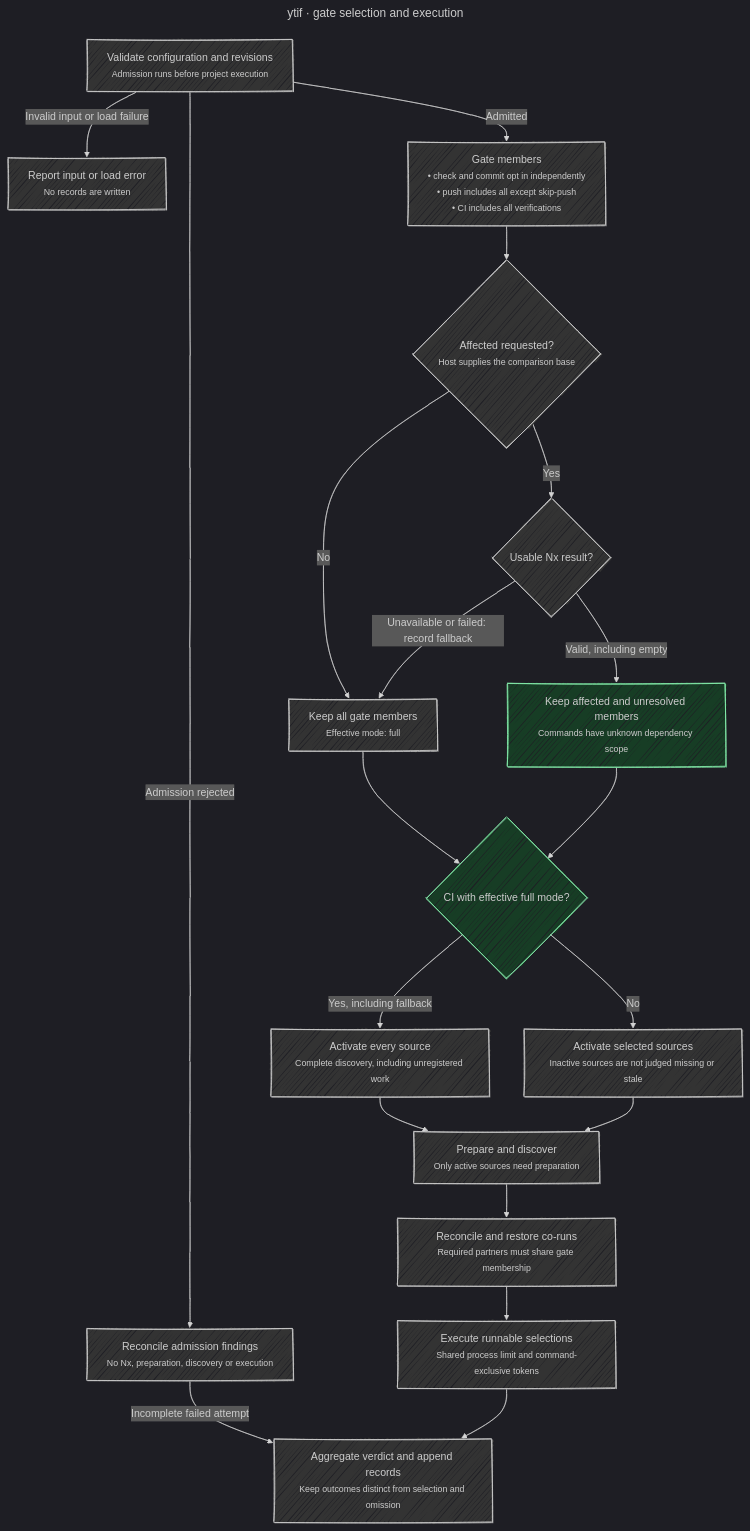
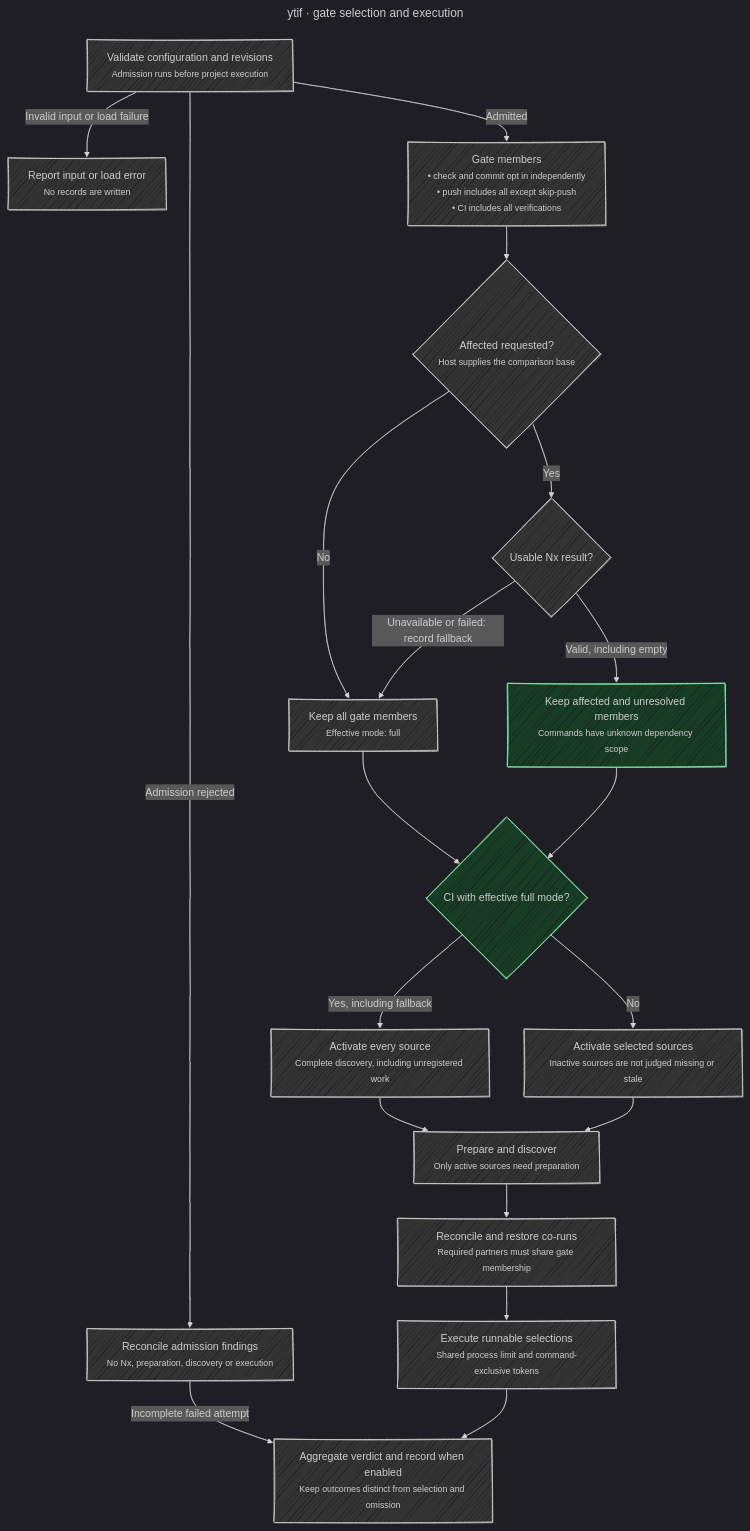
The diagram in blueprint/gates.mermaid (undervoke/ytif), drawn with Mermaid before and after one commit. The commit also changed 11 other files, not shown here.

First line of the commit message:
fix(records): record gates only from their designed triggers

```diff
--- a/blueprint/gates.mermaid
+++ b/blueprint/gates.mermaid
@@ -1,54 +1,54 @@
 ---
 title: ytif · gate selection and execution
 config:
   look: handDrawn
   handDrawnSeed: 5
   theme: dark
   themeVariables:
     mainBkg: "#333333"
     clusterBkg: "#242424"
   themeCSS: |
     small { display: inline-block; text-align: left; }
   flowchart:
     wrappingWidth: 270
 ---
 %% Behavior authority: internal/gate/gate.go (Run), internal/gate/survey.go, internal/affected/affected.go and README.md (Gates).
-%% Invalid input exits before record creation. Admission findings skip project execution but still reconcile and record an incomplete failed attempt.
+%% Invalid input exits before record creation. Admission findings reconcile and finish as an incomplete failed attempt, recorded when enabled.
 %% Affected selection covers registered work, not a complete census. A valid empty result does not trigger fallback; unresolved verification scopes still run.
 %% list uses complete discovery separately. A full local gate activates only sources owning selected members; effective-full CI activates every source.
 flowchart TB
   Input["Validate configuration and revisions<br/><small>Admission runs before project execution</small>"]
   Invalid["Report input or load error<br/><small>No records are written</small>"]
   Rejected["Reconcile admission findings<br/><small>No Nx, preparation, discovery or execution</small>"]
   Members["Gate members<br/><small>• check and commit opt in independently<br/>• push includes all except skip-push<br/>• CI includes all verifications</small>"]
   Mode{"Affected requested?<br/><small>Host supplies the comparison base</small>"}
   Nx{"Usable Nx result?"}
   Full["Keep all gate members<br/><small>Effective mode: full</small>"]
   Affected["Keep affected and unresolved members<br/><small>Commands have unknown dependency scope</small>"]
   Census{"CI with effective full mode?"}
   All["Activate every source<br/><small>Complete discovery, including unregistered work</small>"]
   Selected["Activate selected sources<br/><small>Inactive sources are not judged missing or stale</small>"]
   Discover["Prepare and discover<br/><small>Only active sources need preparation</small>"]
   Reconcile["Reconcile and restore co-runs<br/><small>Required partners must share gate membership</small>"]
   Run["Execute runnable selections<br/><small>Shared process limit and command-exclusive tokens</small>"]
-  Finish["Aggregate verdict and append records<br/><small>Keep outcomes distinct from selection and omission</small>"]
+  Finish["Aggregate verdict and record when enabled<br/><small>Keep outcomes distinct from selection and omission</small>"]
 
   Input -->|Invalid input or load failure| Invalid
   Input -->|Admission rejected| Rejected
   Rejected -->|Incomplete failed attempt| Finish
   Input -->|Admitted| Members
   Members --> Mode
   Mode -->|No| Full
   Mode -->|Yes| Nx
   Nx -->|Unavailable or failed: record fallback| Full
   Nx -->|Valid, including empty| Affected
   Full --> Census
   Affected --> Census
   Census -->|Yes, including fallback| All
   Census -->|No| Selected
   All --> Discover
   Selected --> Discover
   Discover --> Reconcile --> Run --> Finish
 
   classDef em fill:#173d25,stroke:#86efac
   class Affected,Census em
```
